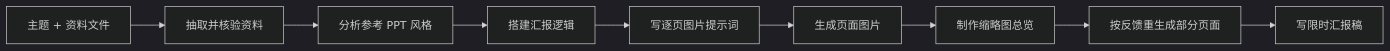
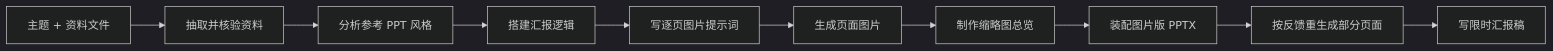
One commit to uuoov/ppt-image-share-builder changed the diagram in README.zh-CN.md. Above: the diagram before and after it, drawn with Mermaid (dark theme). The commit also changed other lines of this file and 4 other files, not shown here.

````diff
--- a/README.zh-CN.md
+++ b/README.zh-CN.md
@@ -28,11 +42,12 @@
 ```mermaid
 flowchart LR
   A["主题 + 资料文件"] --> B["抽取并核验资料"]
   B --> C["分析参考 PPT 风格"]
   C --> D["搭建汇报逻辑"]
   D --> E["写逐页图片提示词"]
   E --> F["生成页面图片"]
   F --> G["制作缩略图总览"]
-  G --> H["按反馈重生成部分页面"]
-  H --> I["写限时汇报稿"]
+  G --> H["装配图片版 PPTX"]
+  H --> I["按反馈重生成部分页面"]
+  I --> J["写限时汇报稿"]
 ```
````
